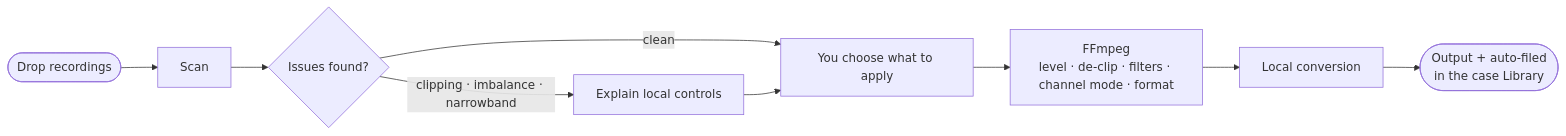
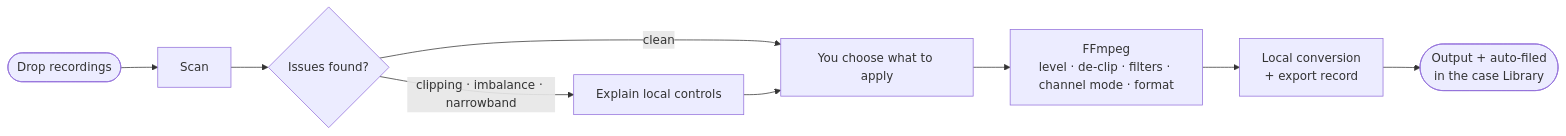
Before and after one commit to DepoStack/depo-audio: the diagram in README.md, drawn with Mermaid. The commit also changed other lines of this file and 41 other files, not shown here.

````diff
--- a/README.md
+++ b/README.md
@@ -48,11 +50,11 @@
 ```mermaid
 flowchart LR
     A([Drop recordings]) --> B[Scan]
     B --> C{Issues found?}
     C -->|clipping · imbalance · narrowband| D[Explain local controls]
     C -->|clean| E
     D --> E[You choose what to apply]
     E --> F[FFmpeg<br/>level · de-clip · filters · channel mode · format]
-    F --> G[Local conversion]
+    F --> G[Local conversion<br/>+ export record]
     G --> H([Output + auto-filed<br/>in the case Library])
 ```
````
